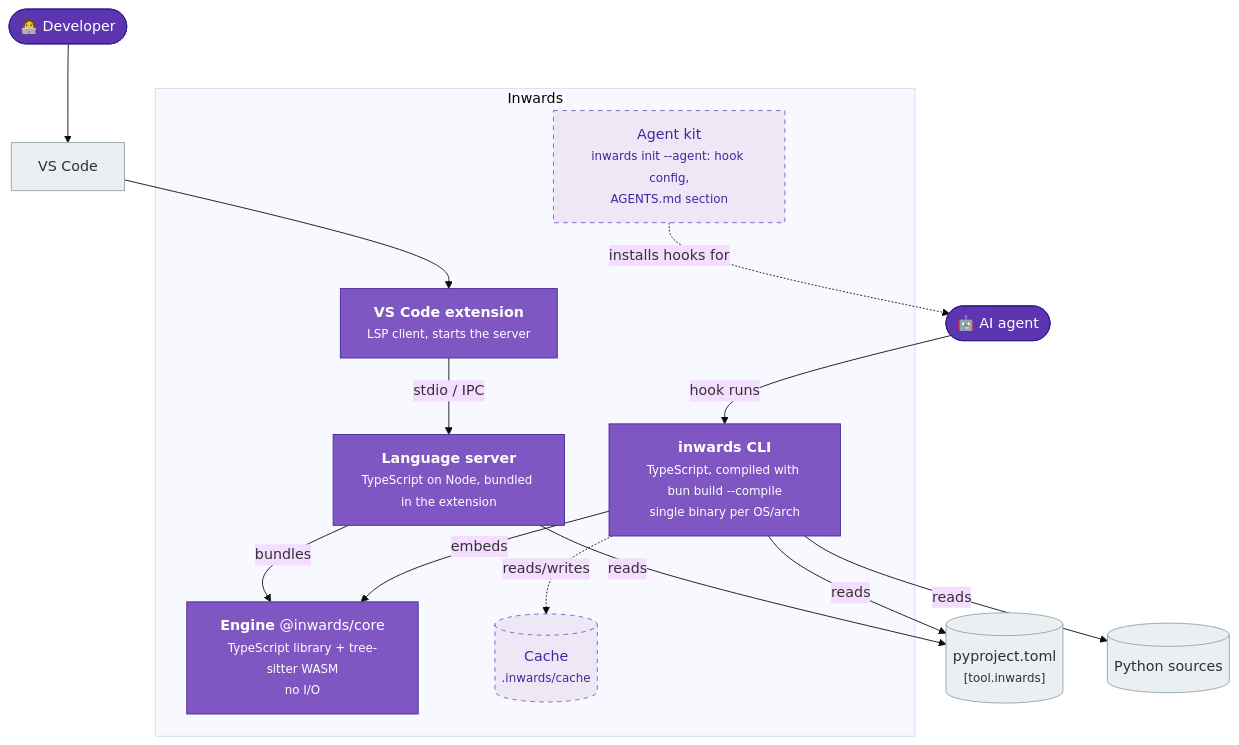
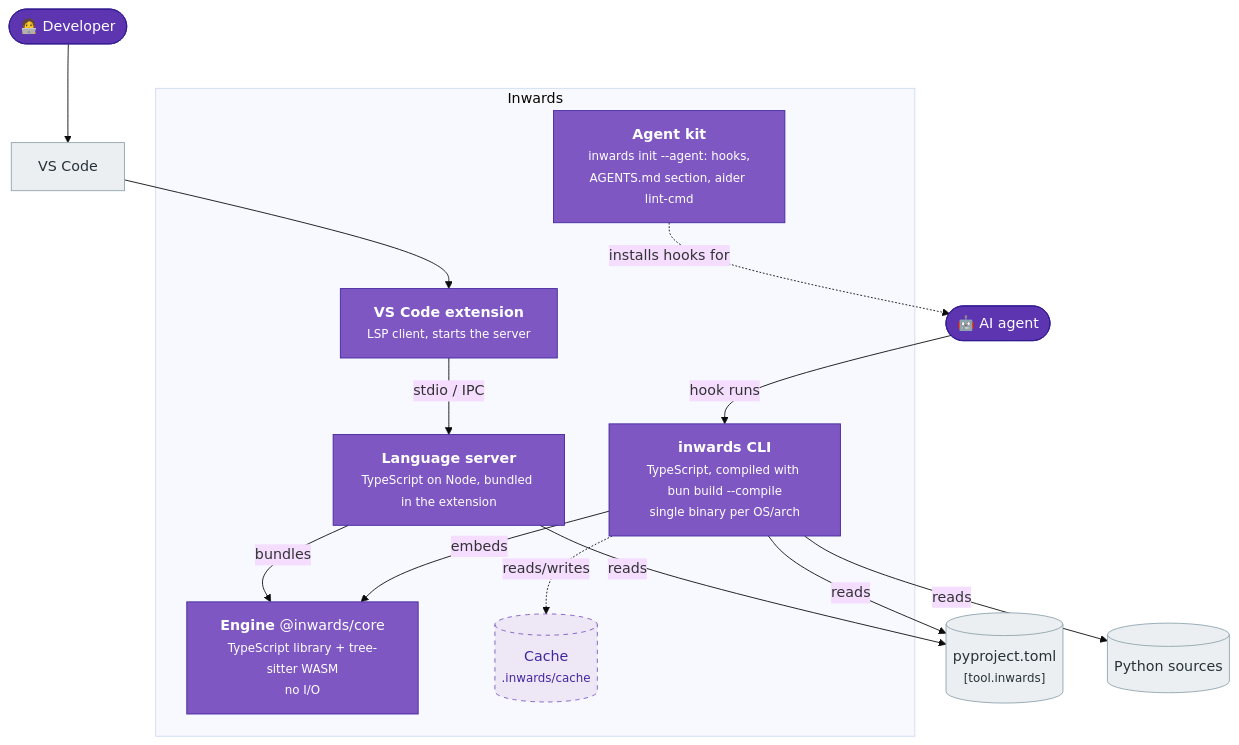
One commit to SirCypkowskyy/inwards changed the second of 6 diagrams in docs/chapters/03-Architecture-C4.md. Above: the diagram before and after it, drawn with Mermaid (base theme). The commit also changed 6 other files, not shown here.

First line of the commit message:
inwards init --agent claude|aider|agents-md [--dry-run]

````diff
--- a/docs/chapters/03-Architecture-C4.md
+++ b/docs/chapters/03-Architecture-C4.md
@@ -52,37 +52,38 @@
 ```mermaid
 flowchart TB
     agent(["🤖 AI agent"])
     dev(["🧑‍💻 Developer"])
 
     subgraph dist["Inwards"]
         cli["<b>inwards CLI</b><br/><small>TypeScript, compiled with bun build --compile<br/>single binary per OS/arch</small>"]
         lsp["<b>Language server</b><br/><small>TypeScript on Node, bundled in the extension</small>"]
         ext["<b>VS Code extension</b><br/><small>LSP client, starts the server</small>"]
         core["<b>Engine</b> @inwards/core<br/><small>TypeScript library + tree-sitter WASM<br/>no I/O</small>"]
-        hooks["Agent kit<br/><small>inwards init --agent: hook config,<br/>AGENTS.md section</small>"]
+        hooks["<b>Agent kit</b><br/><small>inwards init --agent: hooks,<br/>AGENTS.md section, aider lint-cmd</small>"]
         cache[("Cache<br/><small>.inwards/cache</small>")]
     end
 
     config[("pyproject.toml<br/><small>[tool.inwards]</small>")]
     src[("Python sources")]
     vscode["VS Code"]
 
     agent -- "hook runs" --> cli
     hooks -. "installs hooks for" .-> agent
     dev --> vscode --> ext -- "stdio / IPC" --> lsp
     cli -- "embeds" --> core
     lsp -- "bundles" --> core
     cli -- "reads" --> config
     cli -- "reads" --> src
     lsp -- "reads" --> config
     cli -. "reads/writes" .-> cache
 
     classDef person fill:#5e35b1,color:#fff,stroke:#311b92
     classDef container fill:#7e57c2,color:#fff,stroke:#4527a0
     classDef planned fill:#ede7f6,color:#4527a0,stroke:#7e57c2,stroke-dasharray:5 5
     classDef ext fill:#eceff1,color:#263238,stroke:#90a4ae
     class agent,dev person
     class cli,lsp,ext,core container
-    class hooks,cache planned
+    class hooks container
+    class cache planned
     class config,src,vscode ext
 ```
````
